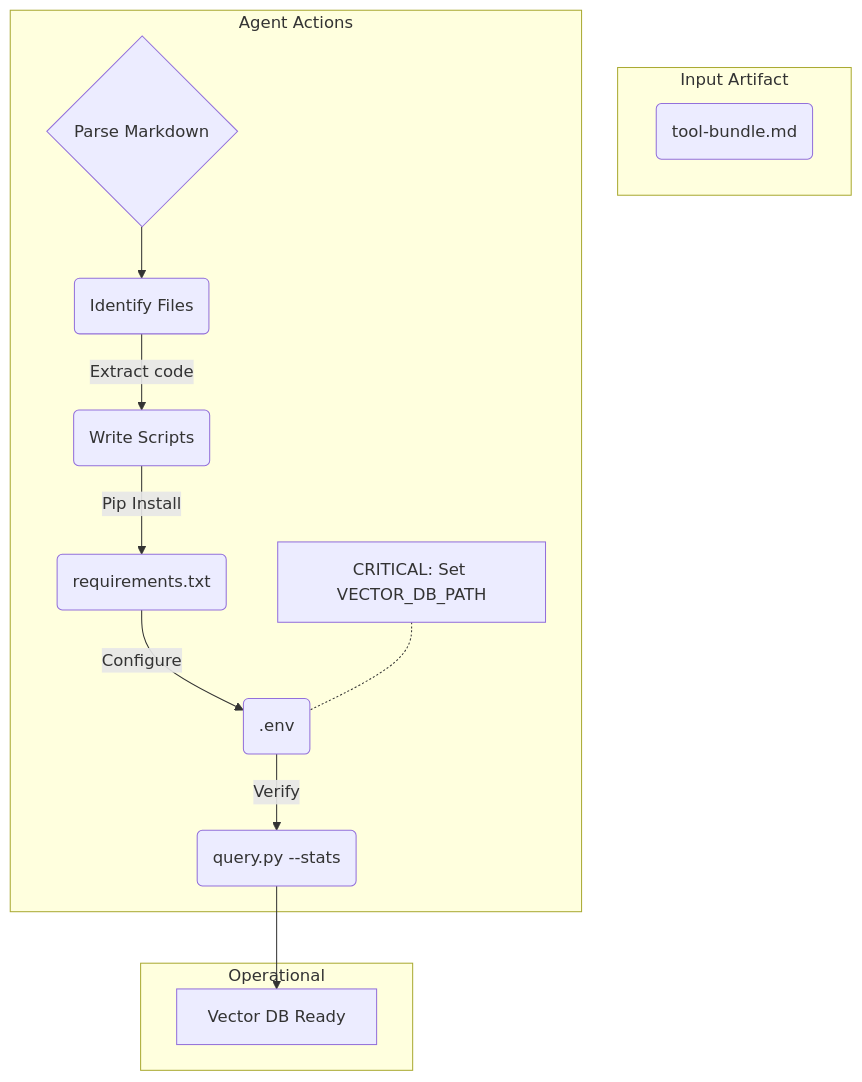
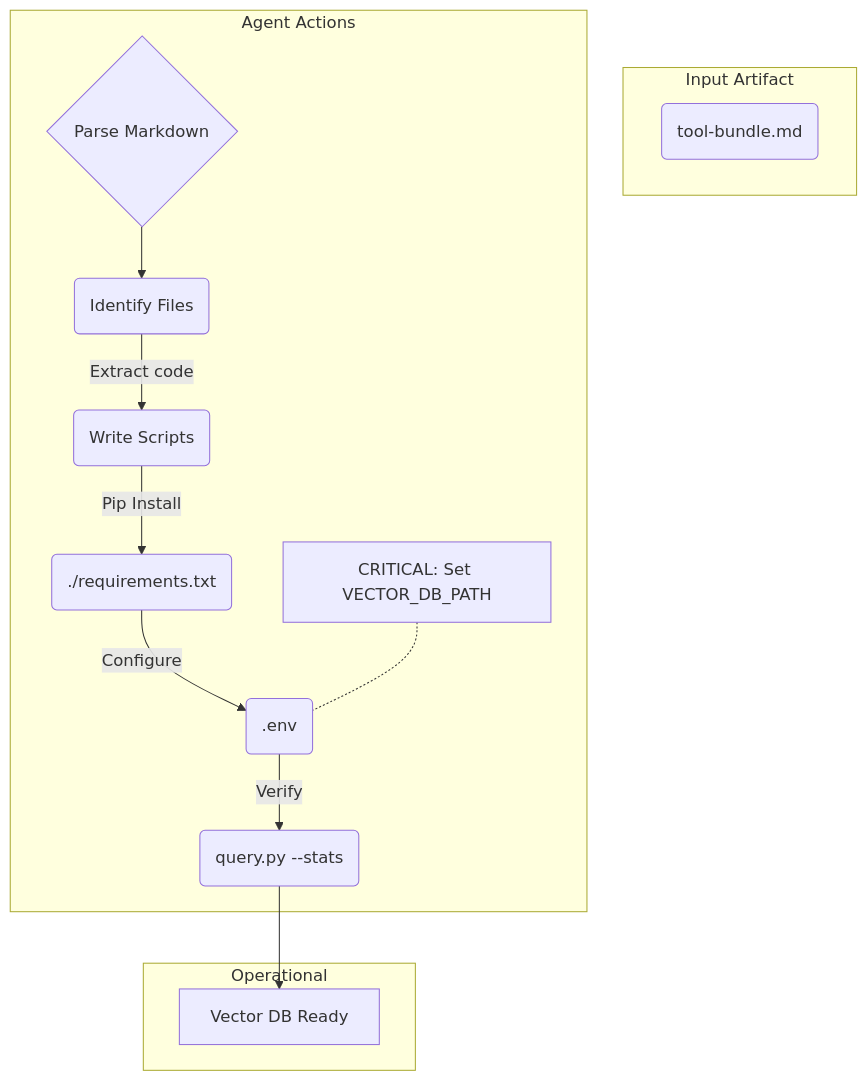
The diagram in plugins/vector-db/skills/vector-db-search/references/unpacking.mmd (richfrem/agent-plugins-skills), drawn with Mermaid before and after one commit. The commit also changed 2793 other files, not shown here.

```diff
--- a/plugins/vector-db/skills/vector-db-search/references/unpacking.mmd
+++ b/plugins/vector-db/skills/vector-db-search/references/unpacking.mmd
@@ -1,17 +1,17 @@
 flowchart TD
     subgraph Received [Input Artifact]
         Bundle(tool-bundle.md)
     end
     subgraph Hydration [Agent Actions]
         Parse{Parse Markdown} --> Split(Identify Files)
         Split -- "Extract code" --> Write(Write Scripts)
-        Write -- "Pip Install" --> Deps(requirements.txt)
+        Write -- "Pip Install" --> Deps(./requirements.txt)
         Deps -- "Configure" --> Env(.env)
         Env -- "Verify" --> Stat(query.py --stats)
         note1["CRITICAL: Set VECTOR_DB_PATH"]
         note1 -.- Env
     end
     subgraph Ready [Operational]
         Tool[Vector DB Ready]
     end
     Stat --> Tool
```
